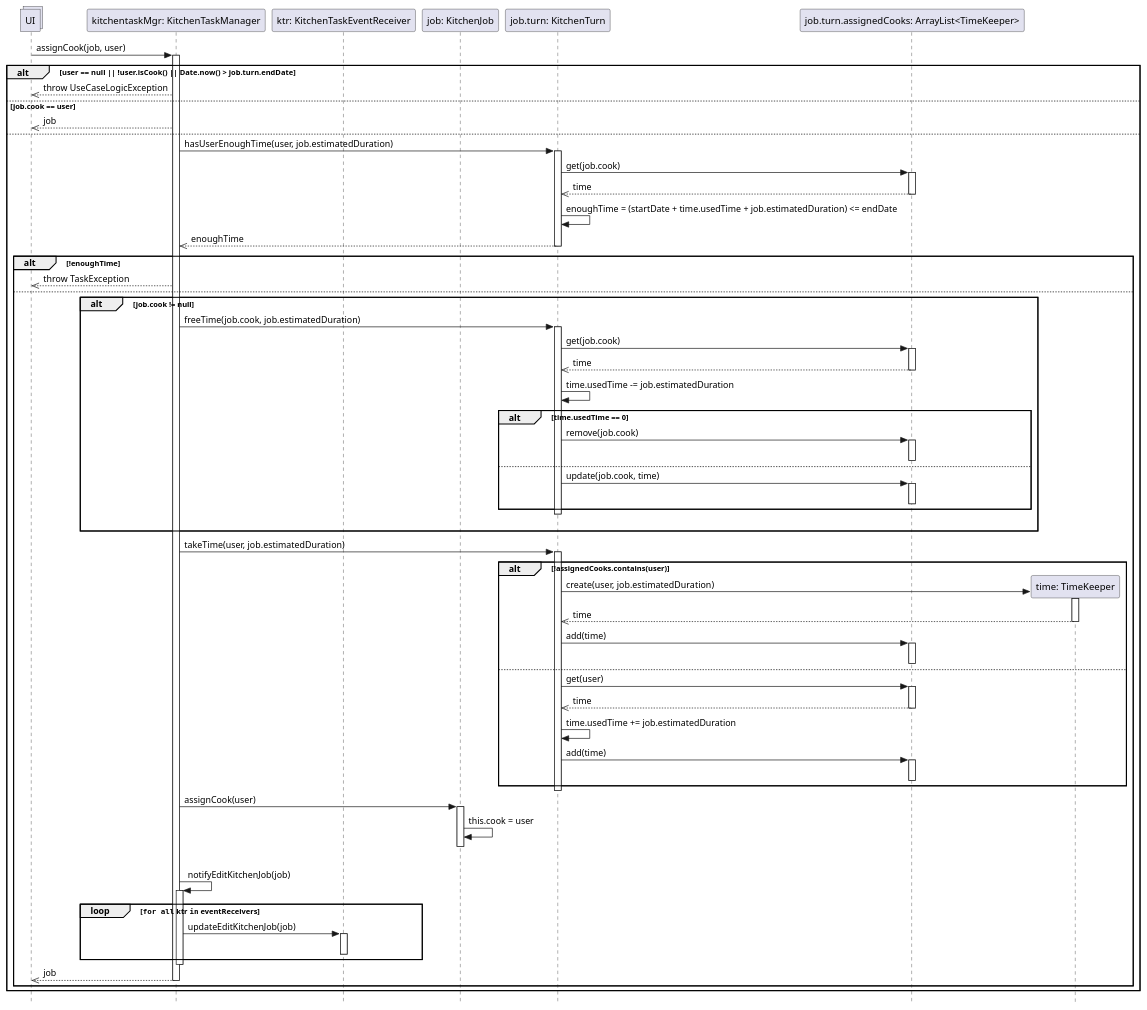
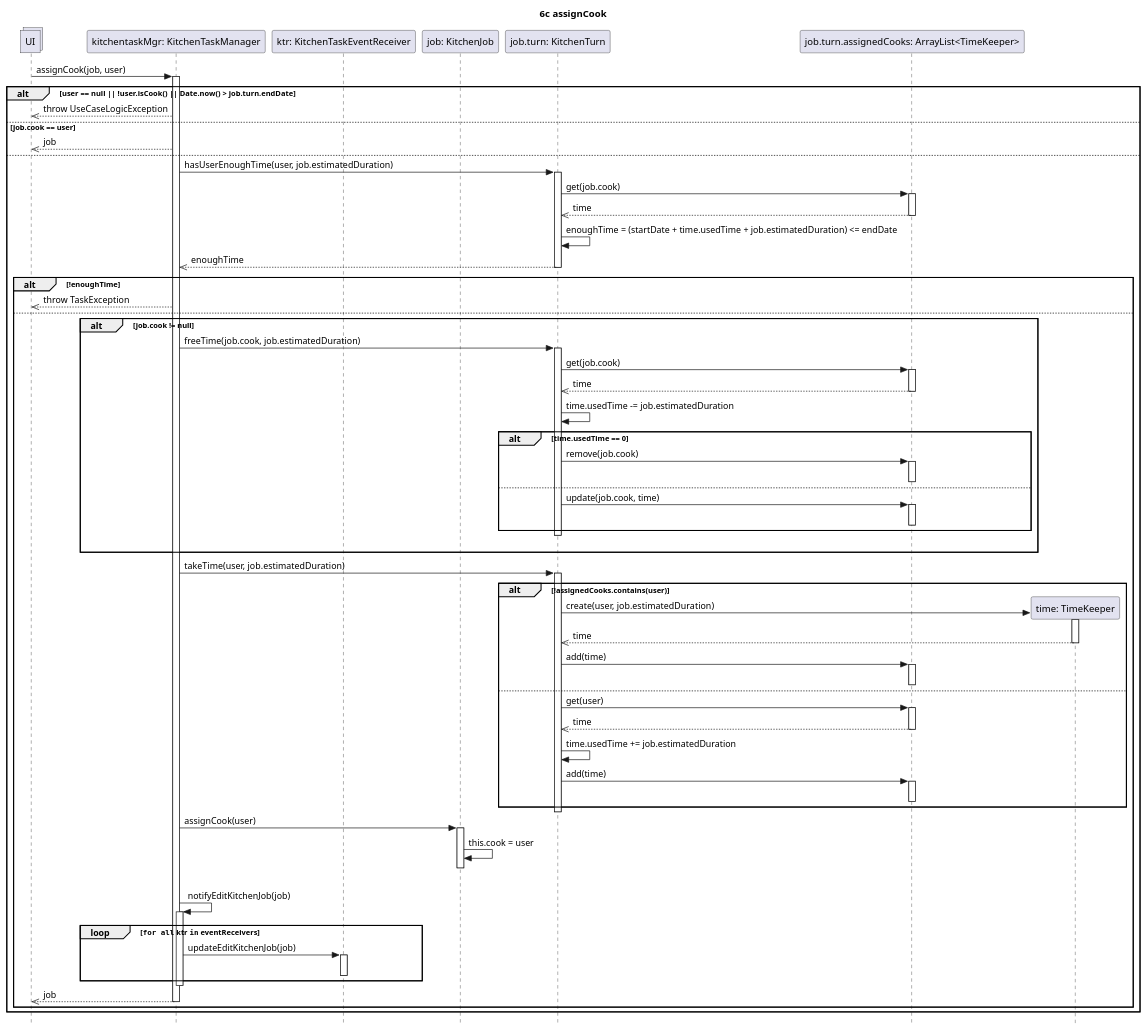
One commit to stefa168/sas-project changed the diagram in UP/Progettazione/UC Gestire Compiti Cucina/DSD/DSD Operazione 6c.puml. Above: the diagram before and after it, drawn with PlantUML. The commit also changed 5 other files, not shown here.

```diff
--- a/UP/Progettazione/UC Gestire Compiti Cucina/DSD/DSD Operazione 6c.puml
+++ b/UP/Progettazione/UC Gestire Compiti Cucina/DSD/DSD Operazione 6c.puml
@@ -1,108 +1,110 @@
 @startuml
 skinparam Style strictuml
+
+title 6c assignCook
 
 collections UI
 
 participant "kitchentaskMgr: KitchenTaskManager" as ktm
 participant "ktr: KitchenTaskEventReceiver" as ktr
 participant "job: KitchenJob" as job
 participant "job.turn: KitchenTurn" as turn
 participant "job.turn.assignedCooks: ArrayList<TimeKeeper>" as cooks
 
 UI -> ktm: assignCook(job, user)
 activate ktm
 alt user == null || !user.isCook() || Date.now() > job.turn.endDate
     UI <<-- ktm: throw UseCaseLogicException
 else job.cook == user
     UI <<-- ktm: job
 else
     ktm -> turn: hasUserEnoughTime(user, job.estimatedDuration)
     activate turn
 
     turn -> cooks: get(job.cook)
     activate cooks
     turn <<--cooks: time
     deactivate cooks
 
     turn -> turn: enoughTime = (startDate + time.usedTime + job.estimatedDuration) <= endDate
 
     ktm <<-- turn: enoughTime
     deactivate turn
 
     alt !enoughTime
         UI <<-- ktm: throw TaskException
     else
         alt job.cook != null
             ktm -> turn: freeTime(job.cook, job.estimatedDuration)
             activate turn
             turn -> cooks: get(job.cook)
             activate cooks
             turn <<-- cooks: time
             deactivate cooks
 
             turn -> turn: time.usedTime -= job.estimatedDuration
 
             ' se per caso liberando del tempo ci accorgiamo che il TimeKeeper è vuoto, cancelliamolo.
             alt time.usedTime == 0
                 turn -> cooks: remove(job.cook)
                 activate cooks
                 deactivate cooks
             ' altrimenti aggiorniamo il tempo.
             else
                 turn -> cooks: update(job.cook, time)
                 activate cooks
                 deactivate cooks
             end
             deactivate turn
             |||
         end
 
         ktm -> turn: takeTime(user, job.estimatedDuration)
         activate turn
 
         participant "time: TimeKeeper" as newTime
 
         ' potrebbe trattarsi del primo incarico assegnato all cuoco in questo turno.
         alt !assignedCooks.contains(user)
             turn -> newTime**: create(user, job.estimatedDuration)
             activate newTime
             turn <<-- newTime: time
             deactivate newTime
 
             turn -> cooks: add(time)
             activate cooks
             deactivate cooks
         else
             turn -> cooks: get(user)
             activate cooks
             turn <<-- cooks: time
             deactivate cooks
             turn -> turn: time.usedTime += job.estimatedDuration
 
             turn -> cooks: add(time)
             activate cooks
             deactivate cooks
         end
         deactivate turn
 
         ktm -> job: assignCook(user)
         activate job
         job -> job: this.cook = user
         ktm <[hidden]-- job:
         deactivate job
 
         |||
         ktm -> ktm: notifyEditKitchenJob(job)
         activate ktm
         loop ""for all"" ktr ""in"" eventReceivers
             ktm -> ktr : updateEditKitchenJob(job)
             activate ktr
             deactivate ktr
         end
         deactivate ktm
 
         UI <<-- ktm: job
         deactivate ktm
         end
 end
 @enduml
```
